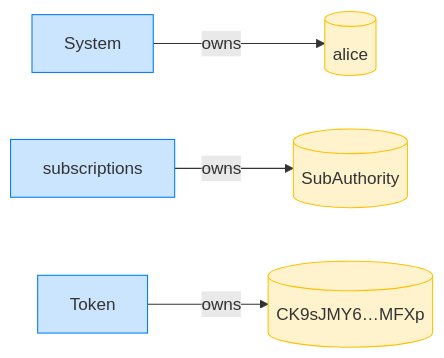
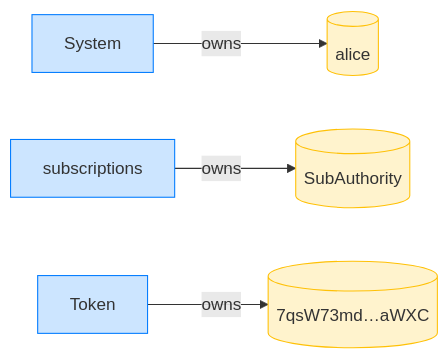
Before and after one commit to cds-rs/subscriptions: the fourth of 8 diagrams in dsl_tests/signer-accounts-must-sign--transferfixed-.md, drawn with Mermaid. The commit also changed other lines of this file and 224 other files, not shown here.

````diff
--- a/dsl_tests/signer-accounts-must-sign--transferfixed-.md
+++ b/dsl_tests/signer-accounts-must-sign--transferfixed-.md
@@ -73,14 +78,14 @@
 ```mermaid
 flowchart LR
     classDef owner fill:#cce5ff,stroke:#007bff;
     classDef account fill:#fff3cd,stroke:#ffc107;
     System[System]:::owner
     alice[(alice)]:::account
     subscriptions[subscriptions]:::owner
     SubAuthority[(SubAuthority)]:::account
     Token[Token]:::owner
-    CK9sJMY6_MFXp[("CK9sJMY6…MFXp")]:::account
+    7qsW73md_aWXC[("7qsW73md…aWXC")]:::account
     System -->|owns| alice
     subscriptions -->|owns| SubAuthority
-    Token -->|owns| CK9sJMY6_MFXp
+    Token -->|owns| 7qsW73md_aWXC
 ```
````
